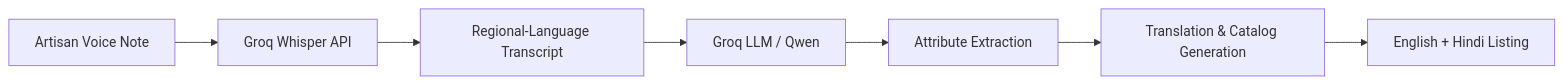
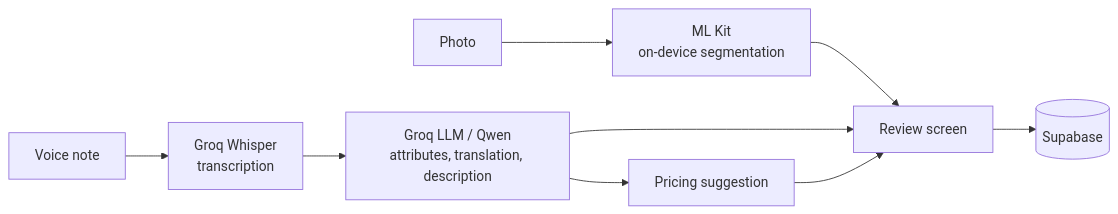
One commit to svvishva/KarigarSethu changed the diagram in README.md. Above: the diagram before and after it, drawn with Mermaid. The commit also changed other lines of this file, not shown here.

````diff
--- a/README.md
+++ b/README.md
@@ -144,9 +53,11 @@
 ```mermaid
 flowchart LR
-    A[Artisan Voice Note] --> B[Groq Whisper API]
-    B --> C[Regional-Language Transcript]
-    C --> D[Groq LLM / Qwen]
-    D --> E[Attribute Extraction]
-    E --> F[Translation & Catalog Generation]
-    F --> G[English + Hindi Listing]
+    A[Photo] --> B[ML Kit<br/>on-device segmentation]
+    C[Voice note] --> D[Groq Whisper<br/>transcription]
+    D --> E[Groq LLM / Qwen<br/>attributes, translation, description]
+    E --> F[Pricing suggestion]
+    B --> G[Review screen]
+    E --> G
+    F --> G
+    G --> H[(Supabase)]
 ```
````
